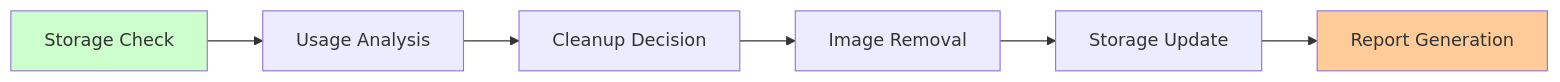
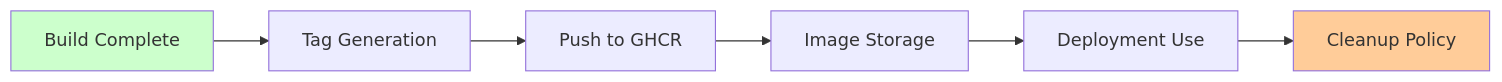
Before and after one commit to bxmty/dotca: the tenth of 11 diagrams in docs/component-interaction-diagram.md, drawn with Mermaid. The commit also changed other lines of this file and 7 other files, not shown here.

````diff
--- a/docs/component-interaction-diagram.md
+++ b/docs/component-interaction-diagram.md
@@ -240,11 +331,11 @@
 ```mermaid
 flowchart LR
-    A[Storage Check] --> B[Usage Analysis]
-    B --> C[Cleanup Decision]
-    C --> D[Image Removal]
-    D --> E[Storage Update]
-    E --> F[Report Generation]
+    A[Build Complete] --> B[Tag Generation]
+    B --> C[Push to GHCR]
+    C --> D[Image Storage]
+    D --> E[Deployment Use]
+    E --> F[Cleanup Policy]
 
     style A fill:#ccffcc
     style F fill:#ffcc99
 ```
````
